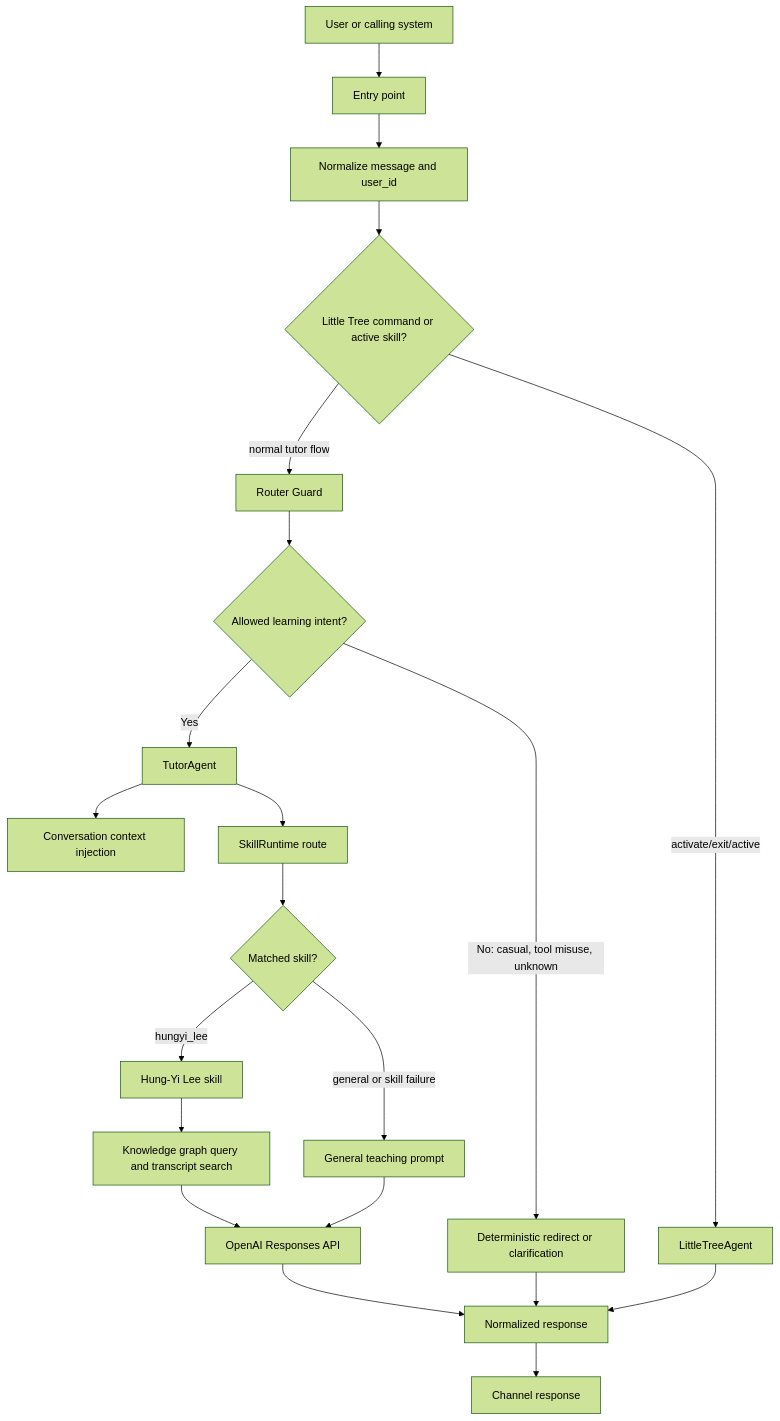
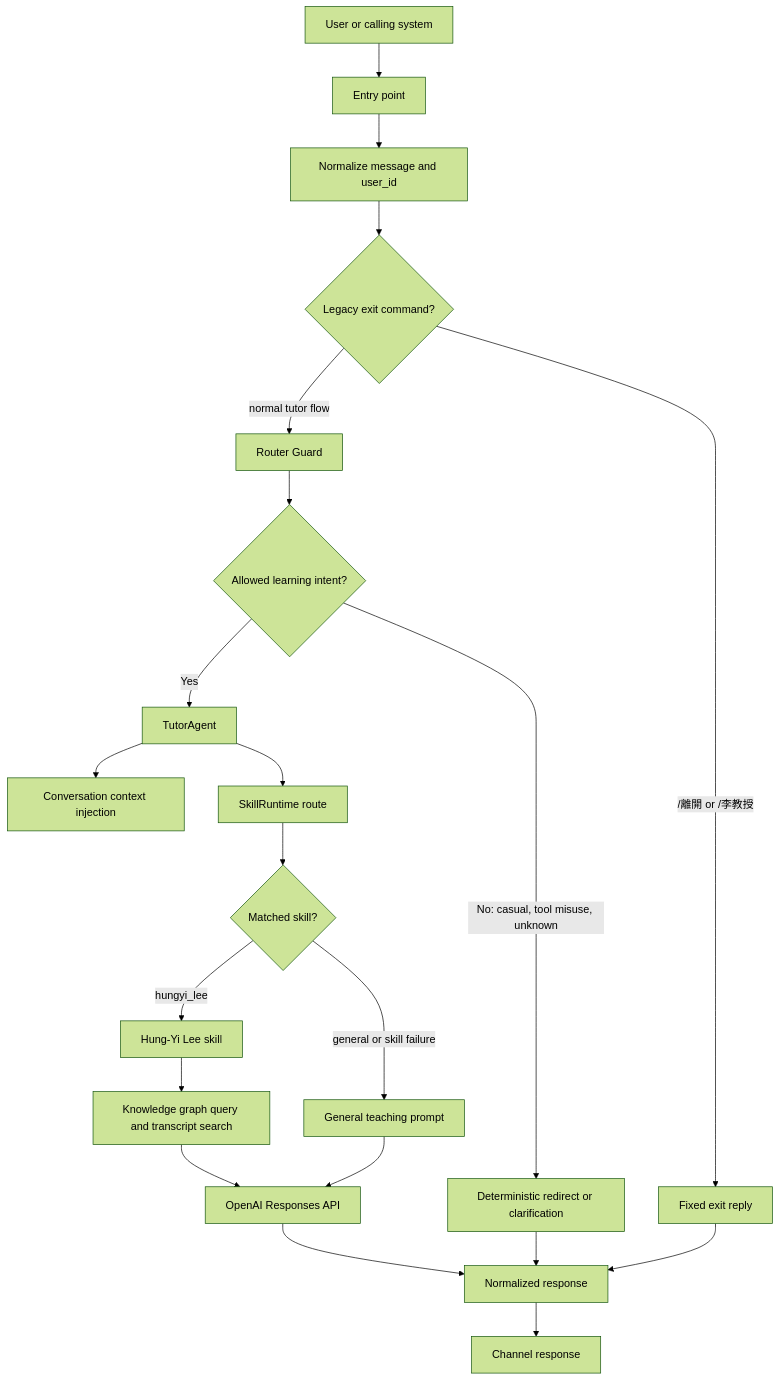
Before and after one commit to herb14919319/ai-learning-tutor: the first of 4 diagrams in docs/architecture/AI_TUTOR_ARCHITECTURE.md, drawn with Mermaid (forest theme). The commit also changed other lines of this file and 19 other files, not shown here.

First line of the commit message:
refactor: retire Little Tree chat runtime and make Render canonical

````diff
--- a/docs/architecture/AI_TUTOR_ARCHITECTURE.md
+++ b/docs/architecture/AI_TUTOR_ARCHITECTURE.md
@@ -42,23 +42,23 @@
 ```mermaid
 flowchart TD
     U["User or calling system"] --> E["Entry point"]
     E --> N["Normalize message and user_id"]
-    N --> LT{"Little Tree command or active skill?"}
-    LT -- "activate/exit/active" --> LTA["LittleTreeAgent"]
+    N --> LT{"Legacy exit command?"}
+    LT -- "/離開 or /李教授" --> LTA["Fixed exit reply"]
     LT -- "normal tutor flow" --> G["Router Guard"]
     G --> GA{"Allowed learning intent?"}
     GA -- "No: casual, tool misuse, unknown" --> GR["Deterministic redirect or clarification"]
     GA -- "Yes" --> TA["TutorAgent"]
     TA --> C["Conversation context injection"]
     TA --> SR["SkillRuntime route"]
     SR --> SK{"Matched skill?"}
     SK -- "hungyi_lee" --> HY["Hung-Yi Lee skill"]
     SK -- "general or skill failure" --> GEN["General teaching prompt"]
     HY --> KB["Knowledge graph query and transcript search"]
     KB --> LLM["OpenAI Responses API"]
     GEN --> LLM
     LLM --> R["Normalized response"]
     GR --> R
     LTA --> R
     R --> OUT["Channel response"]
 ```
````
